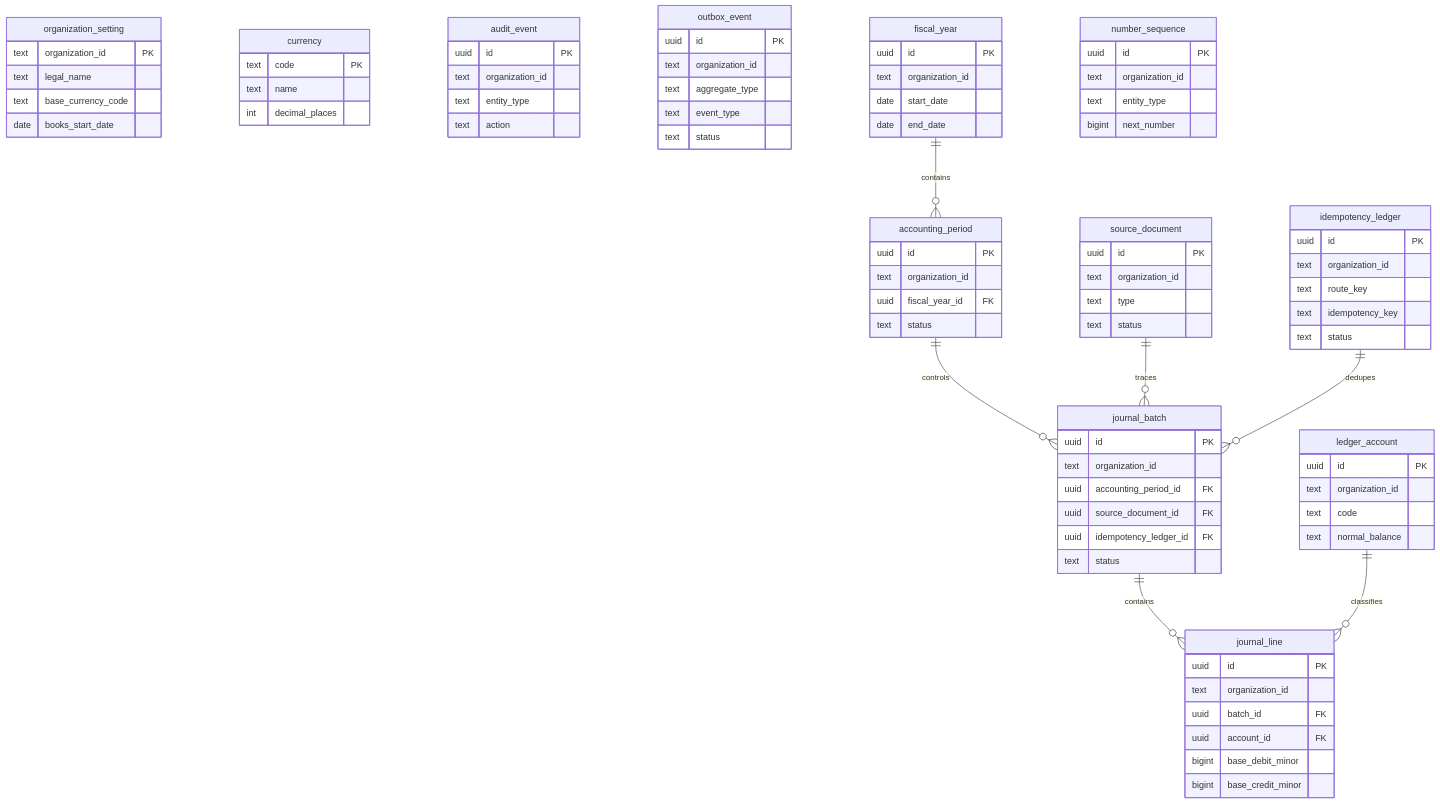
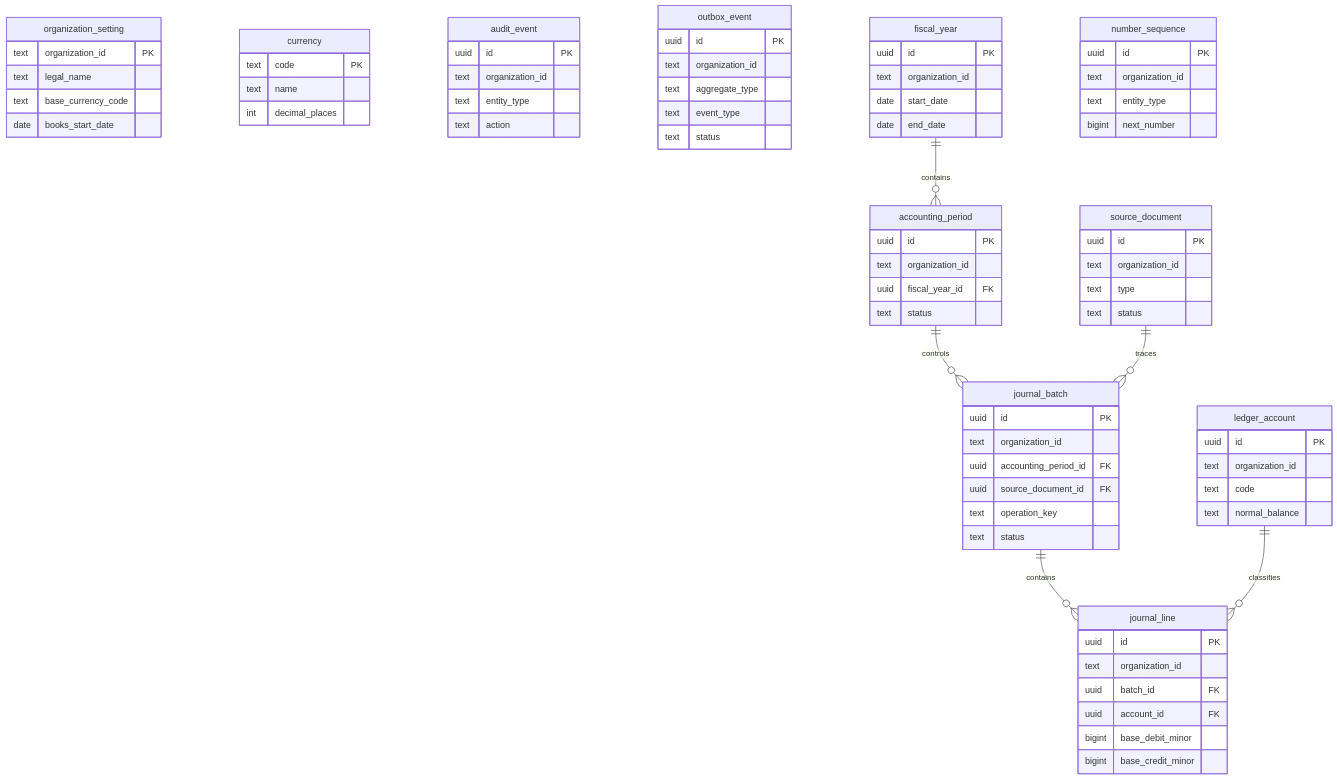
The first of 2 diagrams in docs/superpowers/plans/2026-06-17-accounting-foundation-schema-revision-plan.md (isherbuilds/edernal-books), drawn with Mermaid before and after one commit. The commit also changed other lines of this file and 35 other files, not shown here.

````diff
--- a/docs/superpowers/plans/2026-06-17-accounting-foundation-schema-revision-plan.md
+++ b/docs/superpowers/plans/2026-06-17-accounting-foundation-schema-revision-plan.md
@@ -49,13 +49,6 @@
     text organization_id
     text aggregate_type
     text event_type
-    text status
-  }
-  idempotency_ledger {
-    uuid id PK
-    text organization_id
-    text route_key
-    text idempotency_key
     text status
   }
   fiscal_year {
@@ -93,7 +86,7 @@
     text organization_id
     uuid accounting_period_id FK
     uuid source_document_id FK
-    uuid idempotency_ledger_id FK
+    text operation_key
     text status
   }
   journal_line {
@@ -107,7 +100,6 @@
   fiscal_year ||--o{ accounting_period : contains
   accounting_period ||--o{ journal_batch : controls
   source_document ||--o{ journal_batch : traces
-  idempotency_ledger ||--o{ journal_batch : dedupes
   journal_batch ||--o{ journal_line : contains
   ledger_account ||--o{ journal_line : classifies
 ```
````
